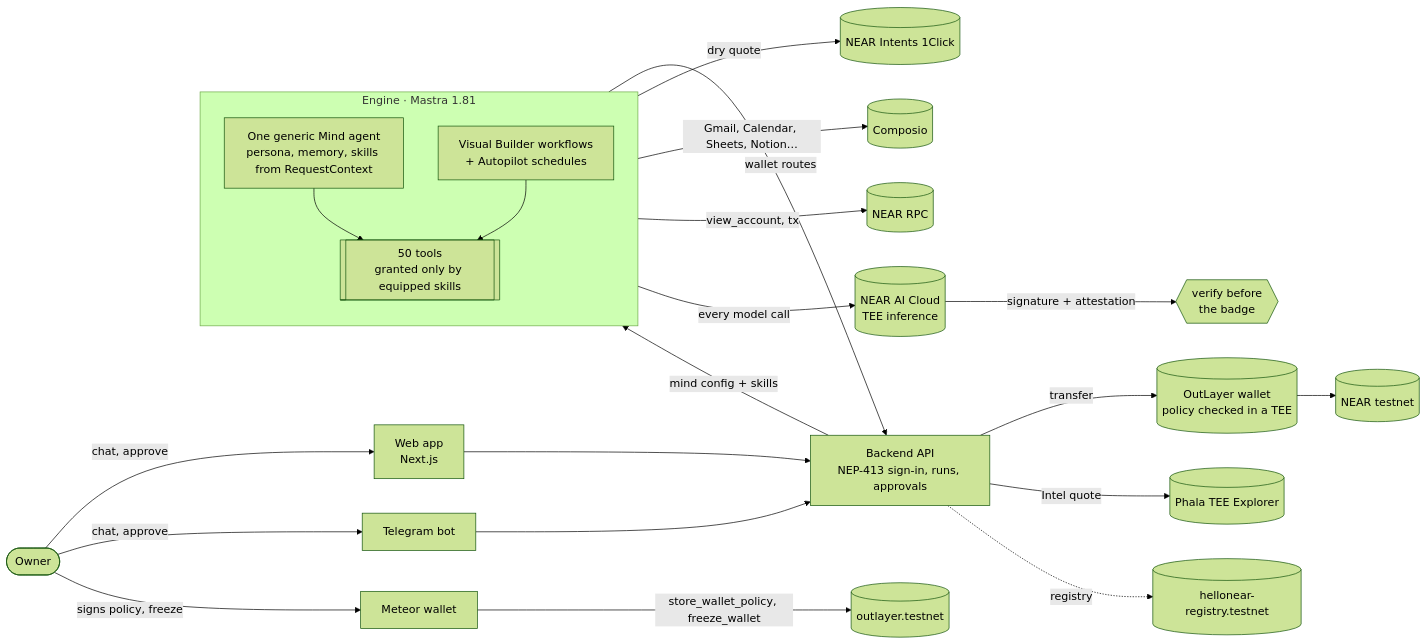
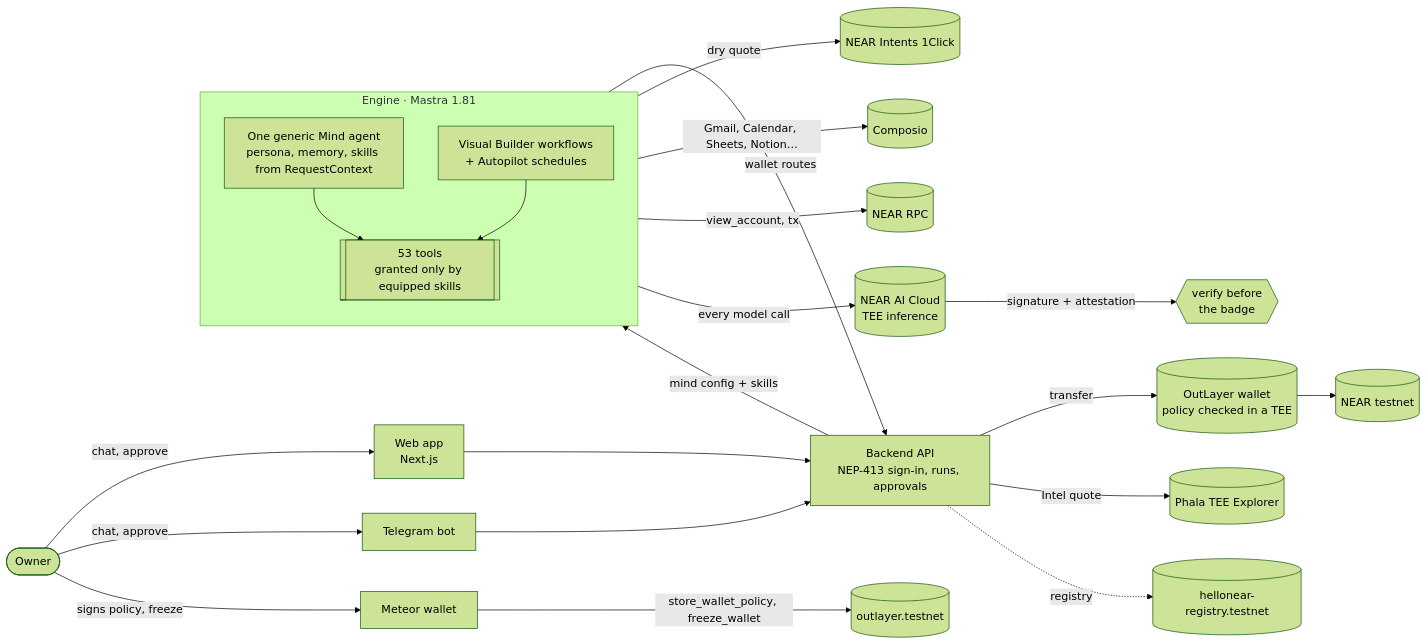
One commit to Hellonear-AI/hellonear changed the first of 2 diagrams in README.md. Above: the diagram before and after it, drawn with Mermaid (forest theme). The commit also changed other lines of this file and 1 other file, not shown here.

````diff
--- a/README.md
+++ b/README.md
@@ -270,30 +270,30 @@
 ```mermaid
 flowchart LR
     O([Owner]) -->|chat, approve| FE[Web app<br/>Next.js]
     O -->|chat, approve| TG[Telegram bot]
     O -->|signs policy, freeze| MW[Meteor wallet]
     FE --> BE[Backend API<br/>NEP-413 sign-in, runs, approvals]
     TG --> BE
     BE -->|mind config + skills| EN
 
     subgraph EN[Engine · Mastra 1.81]
         direction TB
         AG[One generic Mind agent<br/>persona, memory, skills from RequestContext]
-        TL[[50 tools<br/>granted only by equipped skills]]
+        TL[[53 tools<br/>granted only by equipped skills]]
         WF[Visual Builder workflows<br/>+ Autopilot schedules]
         AG --> TL
         WF --> TL
     end
 
     EN -->|every model call| NAI[(NEAR AI Cloud<br/>TEE inference)]
     NAI -->|signature + attestation| VER{{verify before<br/>the badge}}
     TL -->|wallet routes| BE
     BE -->|transfer| OL[(OutLayer wallet<br/>policy checked in a TEE)]
     MW -->|store_wallet_policy, freeze_wallet| OLC[(outlayer.testnet)]
     OL --> NEAR[(NEAR testnet)]
     TL -->|dry quote| INT[(NEAR Intents 1Click)]
     TL -->|Gmail, Calendar, Sheets, Notion…| CMP[(Composio)]
     BE -->|Intel quote| TEX[(Phala TEE Explorer)]
     TL -->|view_account, tx| RPC[(NEAR RPC)]
     BE -.->|registry| REG[(hellonear-registry.testnet)]
 ```
````
